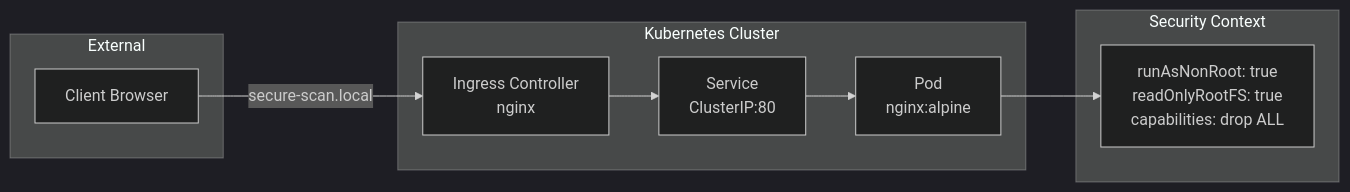
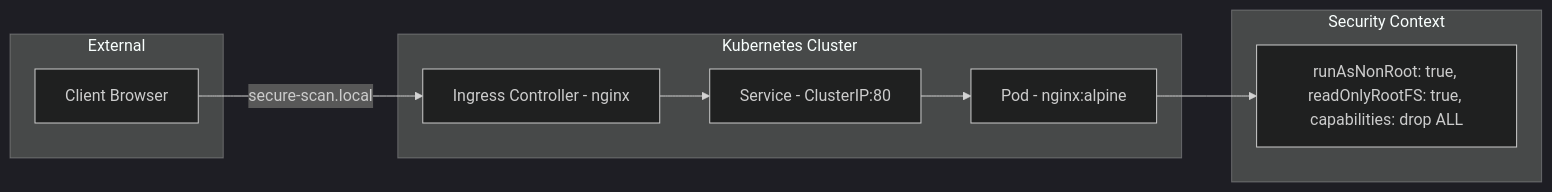
Before and after one commit to bryandino673/secure-scan-static-site: the third of 7 diagrams in README.md, drawn with Mermaid (dark theme). The commit also changed other lines of this file, not shown here.

````diff
--- a/README.md
+++ b/README.md
@@ -72,20 +72,20 @@
 ```mermaid
 flowchart LR
     subgraph "External"
         CLIENT[Client Browser]
     end
     
     subgraph "Kubernetes Cluster"
-        ING[Ingress Controller<br/>nginx]
-        SVC[Service<br/>ClusterIP:80]
-        POD[Pod<br/>nginx:alpine]
+        ING[Ingress Controller - nginx]
+        SVC[Service - ClusterIP:80]
+        POD[Pod - nginx:alpine]
     end
     
     CLIENT -->|secure-scan.local| ING
     ING --> SVC
     SVC --> POD
     
     subgraph "Security Context"
-        POD --> SEC[runAsNonRoot: true<br/>readOnlyRootFS: true<br/>capabilities: drop ALL]
+        POD --> SEC[runAsNonRoot: true, readOnlyRootFS: true, capabilities: drop ALL]
     end
 ```
````
